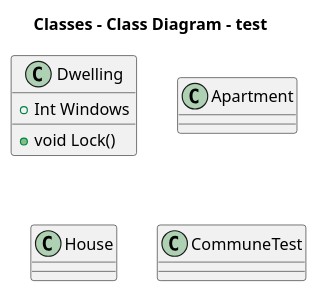
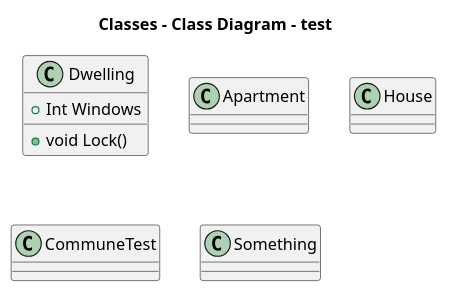
Before and after one commit to 132nd-etcher/plantuml_test: the diagram in test.puml, drawn with PlantUML.

```diff
--- a/test.puml
+++ b/test.puml
@@ -1,15 +1,16 @@
 @startuml
 
 title Classes - Class Diagram - test
 
 
 class Dwelling {
   +Int Windows
   +void Lock()
 }
 
 class Apartment
 class House
 class CommuneTest
+class Something
 
 @enduml
```
